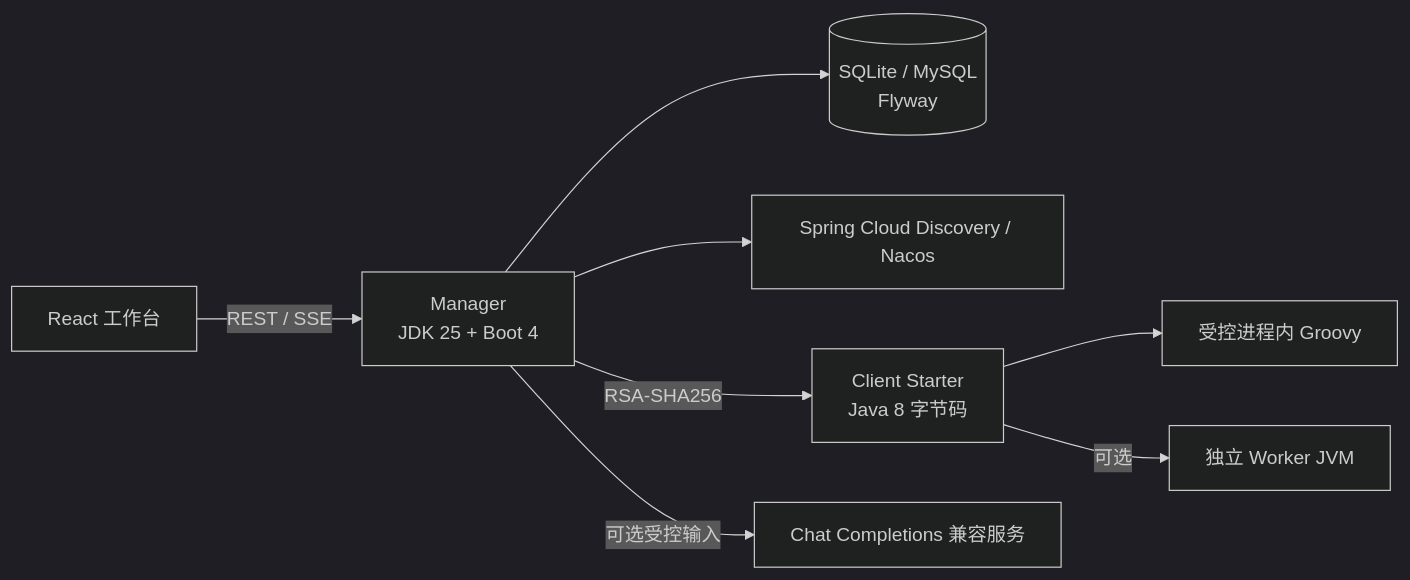
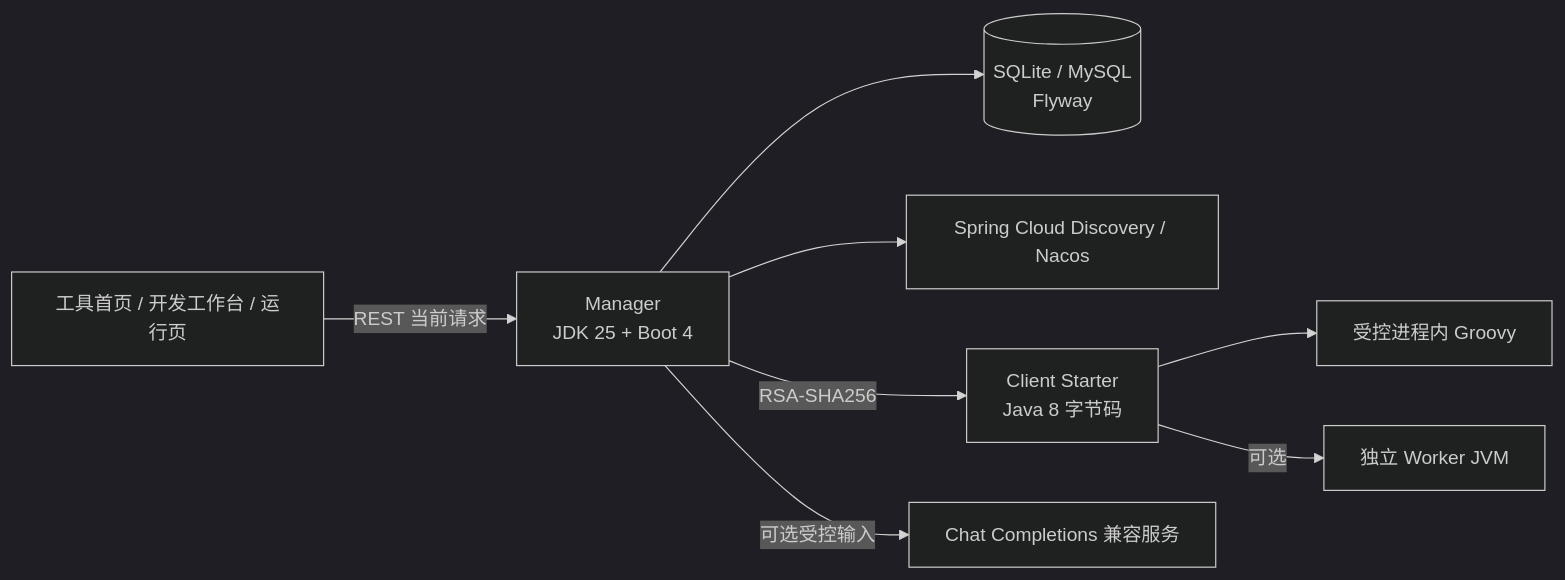
One commit to ChenYilei2016/maintain-console-public changed the diagram in README.md. Above: the diagram before and after it, drawn with Mermaid (dark theme). The commit also changed other lines of this file and 61 other files, not shown here.

````diff
--- a/README.md
+++ b/README.md
@@ -37,10 +40,10 @@
 ```mermaid
 flowchart LR
-    Browser[React 工作台] -->|REST / SSE| Manager[Manager<br/>JDK 25 + Boot 4]
+    Browser[工具首页 / 开发工作台 / 运行页] -->|REST 当前请求| Manager[Manager<br/>JDK 25 + Boot 4]
     Manager --> DB[(SQLite / MySQL<br/>Flyway)]
     Manager --> Discovery[Spring Cloud Discovery / Nacos]
     Manager -->|RSA-SHA256| Client[Client Starter<br/>Java 8 字节码]
     Client --> Restricted[受控进程内 Groovy]
     Client -->|可选| Worker[独立 Worker JVM]
     Manager -->|可选受控输入| AI[Chat Completions 兼容服务]
 ```
````
